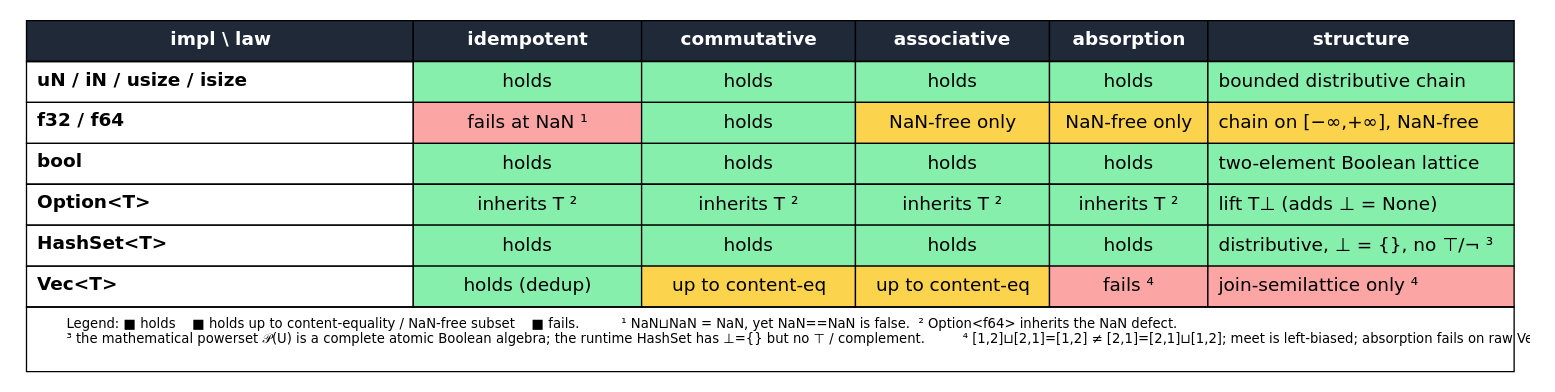
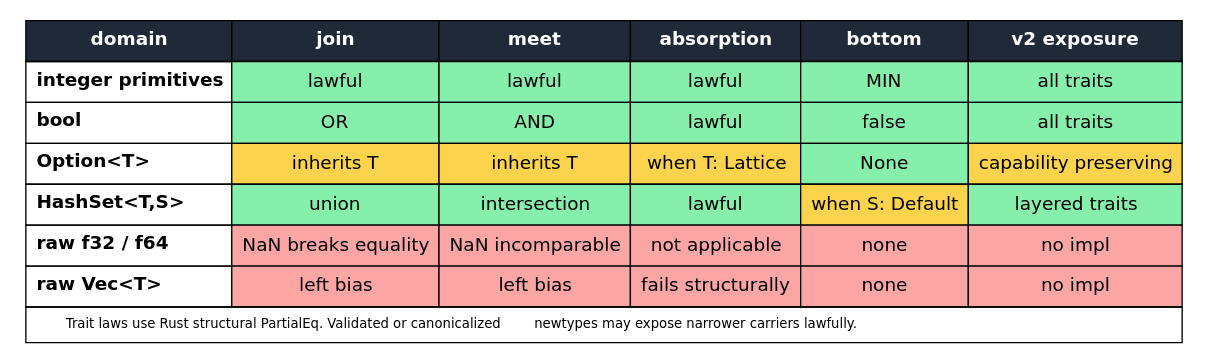
Before and after one commit to vinary-tree/llattice: the diagram in docs/theory/figures/lawfulness-matrix.dot, drawn with Graphviz. The commit also changed 64 other files, not shown here.

Commit message:
feat: introduce layered lawful lattice API

```diff
--- a/docs/theory/figures/lawfulness-matrix.dot
+++ b/docs/theory/figures/lawfulness-matrix.dot
@@ -1,77 +1,61 @@
-// Lawfulness matrix: which lattice laws each built-in impl actually satisfies, and under which equality.
-// This is the corrective artifact for the over-strong "satisfies all laws" claim.
-//   green = holds   amber = holds up to content-equality / on the NaN-free subset   red = fails
-// Render:  dot -Tsvg lawfulness-matrix.dot -o lawfulness-matrix.svg   Tool: Graphviz (HTML-table node).
 digraph lawfulness {
+    // llattice v2 lawfulness matrix: green lawful, amber conditional, red excluded.
     bgcolor = "white";
     node [shape=plaintext, fontname="DejaVu Sans"];
 
     M [label=<
     <table border="0" cellborder="1" cellspacing="0" cellpadding="7">
       <tr>
-        <td bgcolor="#1F2937"><font color="white"><b>impl &#92; law</b></font></td>
-        <td bgcolor="#1F2937"><font color="white"><b>idempotent</b></font></td>
-        <td bgcolor="#1F2937"><font color="white"><b>commutative</b></font></td>
-        <td bgcolor="#1F2937"><font color="white"><b>associative</b></font></td>
+        <td bgcolor="#1F2937"><font color="white"><b>domain</b></font></td>
+        <td bgcolor="#1F2937"><font color="white"><b>join</b></font></td>
+        <td bgcolor="#1F2937"><font color="white"><b>meet</b></font></td>
         <td bgcolor="#1F2937"><font color="white"><b>absorption</b></font></td>
-        <td bgcolor="#1F2937"><font color="white"><b>structure</b></font></td>
+        <td bgcolor="#1F2937"><font color="white"><b>bottom</b></font></td>
+        <td bgcolor="#1F2937"><font color="white"><b>v2 exposure</b></font></td>
       </tr>
       <tr>
-        <td align="left"><b>uN / iN / usize / isize</b></td>
-        <td bgcolor="#86EFAC">holds</td>
-        <td bgcolor="#86EFAC">holds</td>
-        <td bgcolor="#86EFAC">holds</td>
-        <td bgcolor="#86EFAC">holds</td>
-        <td bgcolor="#86EFAC" align="left">bounded distributive chain</td>
-      </tr>
-      <tr>
-        <td align="left"><b>f32 / f64</b></td>
-        <td bgcolor="#FCA5A5">fails at NaN &#185;</td>
-        <td bgcolor="#86EFAC">holds</td>
-        <td bgcolor="#FCD34D">NaN-free only</td>
-        <td bgcolor="#FCD34D">NaN-free only</td>
-        <td bgcolor="#FCD34D" align="left">chain on [&#8722;&#8734;,+&#8734;], NaN-free</td>
+        <td align="left"><b>integer primitives</b></td>
+        <td bgcolor="#86EFAC">lawful</td><td bgcolor="#86EFAC">lawful</td>
+        <td bgcolor="#86EFAC">lawful</td><td bgcolor="#86EFAC">MIN</td>
+        <td bgcolor="#86EFAC">all traits</td>
       </tr>
       <tr>
         <td align="left"><b>bool</b></td>
-        <td bgcolor="#86EFAC">holds</td>
-        <td bgcolor="#86EFAC">holds</td>
-        <td bgcolor="#86EFAC">holds</td>
-        <td bgcolor="#86EFAC">holds</td>
-        <td bgcolor="#86EFAC" align="left">two-element Boolean lattice</td>
+        <td bgcolor="#86EFAC">OR</td><td bgcolor="#86EFAC">AND</td>
+        <td bgcolor="#86EFAC">lawful</td><td bgcolor="#86EFAC">false</td>
+        <td bgcolor="#86EFAC">all traits</td>
       </tr>
       <tr>
         <td align="left"><b>Option&lt;T&gt;</b></td>
-        <td bgcolor="#86EFAC">inherits T &#178;</td>
-        <td bgcolor="#86EFAC">inherits T &#178;</td>
-        <td bgcolor="#86EFAC">inherits T &#178;</td>
-        <td bgcolor="#86EFAC">inherits T &#178;</td>
-        <td bgcolor="#86EFAC" align="left">lift T&#8869; (adds &#8869; = None)</td>
+        <td bgcolor="#FCD34D">inherits T</td><td bgcolor="#FCD34D">inherits T</td>
+        <td bgcolor="#FCD34D">when T: Lattice</td><td bgcolor="#86EFAC">None</td>
+        <td bgcolor="#FCD34D">capability preserving</td>
       </tr>
       <tr>
-        <td align="left"><b>HashSet&lt;T&gt;</b></td>
-        <td bgcolor="#86EFAC">holds</td>
-        <td bgcolor="#86EFAC">holds</td>
-        <td bgcolor="#86EFAC">holds</td>
-        <td bgcolor="#86EFAC">holds</td>
-        <td bgcolor="#86EFAC" align="left">distributive, &#8869; = {}, no &#8868;/&#172; &#179;</td>
+        <td align="left"><b>HashSet&lt;T,S&gt;</b></td>
+        <td bgcolor="#86EFAC">union</td><td bgcolor="#86EFAC">intersection</td>
+        <td bgcolor="#86EFAC">lawful</td><td bgcolor="#FCD34D">when S: Default</td>
+        <td bgcolor="#86EFAC">layered traits</td>
       </tr>
       <tr>
-        <td align="left"><b>Vec&lt;T&gt;</b></td>
-        <td bgcolor="#86EFAC">holds (dedup)</td>
-        <td bgcolor="#FCD34D">up to content-eq</td>
-        <td bgcolor="#FCD34D">up to content-eq</td>
-        <td bgcolor="#FCA5A5">fails &#8308;</td>
-        <td bgcolor="#FCA5A5" align="left">join-semilattice only &#8308;</td>
+        <td align="left"><b>raw f32 / f64</b></td>
+        <td bgcolor="#FCA5A5">NaN breaks equality</td>
+        <td bgcolor="#FCA5A5">NaN incomparable</td>
+        <td bgcolor="#FCA5A5">not applicable</td><td bgcolor="#FCA5A5">none</td>
+        <td bgcolor="#FCA5A5">no impl</td>
+      </tr>
+      <tr>
+        <td align="left"><b>raw Vec&lt;T&gt;</b></td>
+        <td bgcolor="#FCA5A5">left bias</td><td bgcolor="#FCA5A5">left bias</td>
+        <td bgcolor="#FCA5A5">fails structurally</td><td bgcolor="#FCA5A5">none</td>
+        <td bgcolor="#FCA5A5">no impl</td>
       </tr>
       <tr>
         <td colspan="6" align="left"><font point-size="10">
-        Legend: &#9632; holds &#160;&#160; &#9632; holds up to content-equality / NaN-free subset &#160;&#160; &#9632; fails.&#160;&#160;
-        &#185; NaN&#8852;NaN = NaN, yet NaN==NaN is false. &#160;&#178; Option&lt;f64&gt; inherits the NaN defect.<br align="left"/>
-        &#179; the mathematical powerset &#119979;(U) is a complete atomic Boolean algebra; the runtime HashSet has &#8869;={} but no &#8868; / complement.&#160;
-        &#8308; [1,2]&#8852;[2,1]=[1,2] &#8800; [2,1]=[2,1]&#8852;[1,2]; meet is left-biased; absorption fails on raw Vec.<br align="left"/>
+        Trait laws use Rust structural PartialEq. Validated or canonicalized
+        newtypes may expose narrower carriers lawfully.
         </font></td>
       </tr>
     </table>
     >];
 }
```
